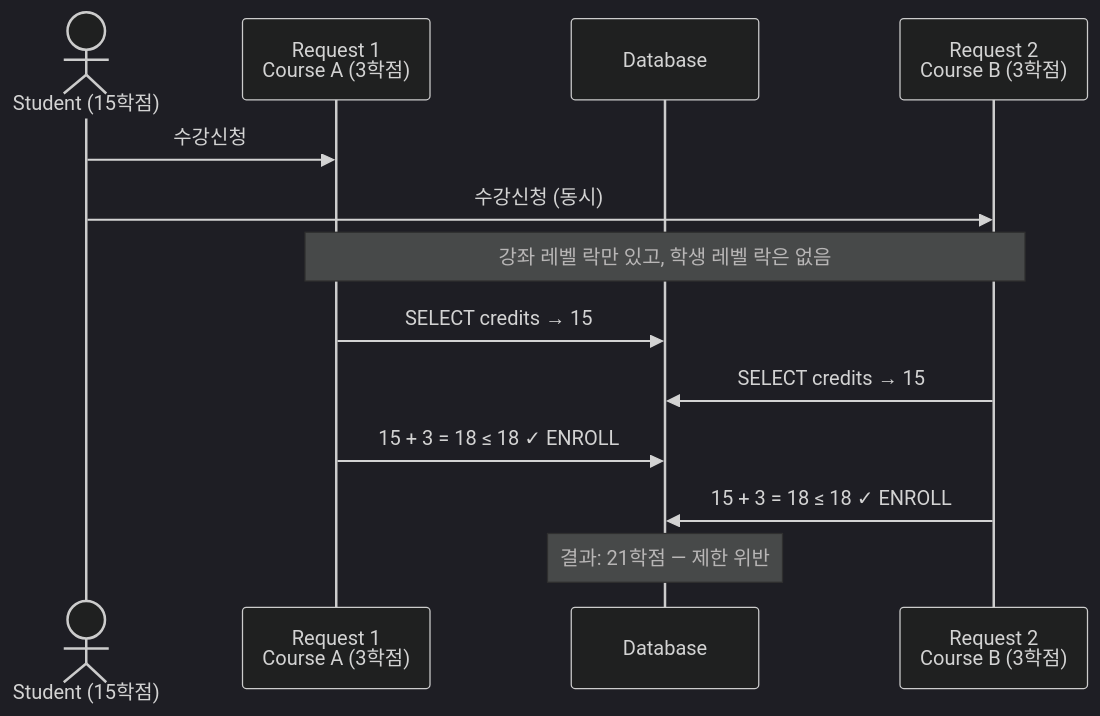
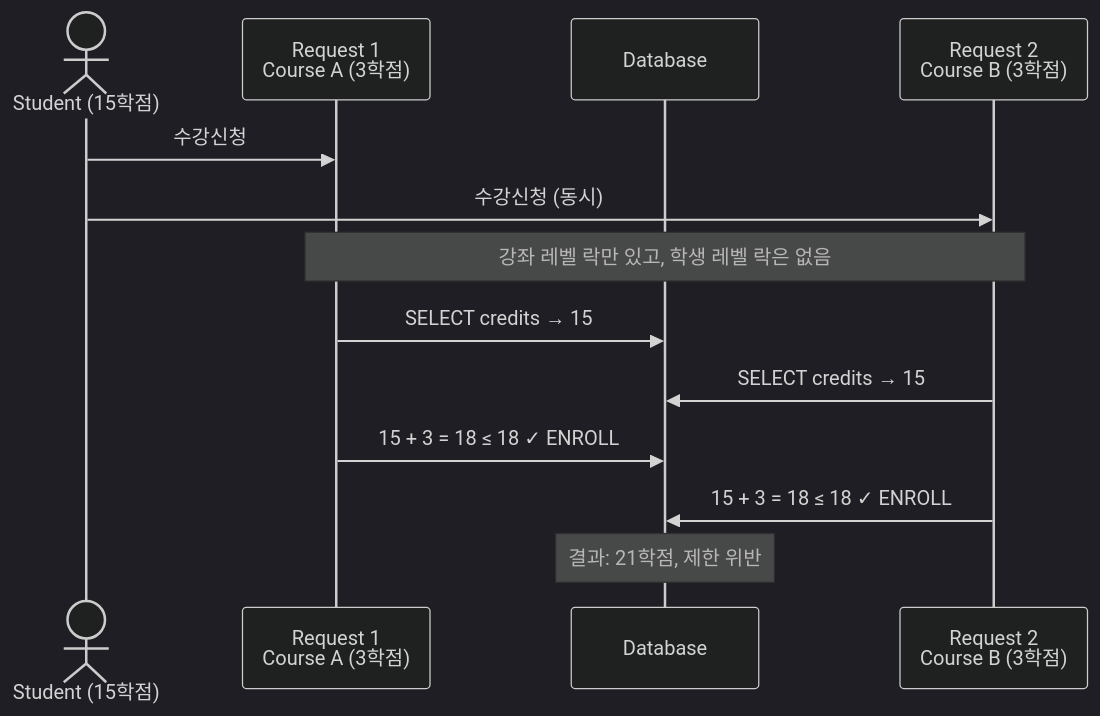
One commit to taokim/taokim.github.io changed the third of 4 diagrams in content/posts/2026-02-24-ai-native-hiring-philosophy.ko.md. Above: the diagram before and after it, drawn with Mermaid (dark theme). The commit also changed other lines of this file and 1 other file, not shown here.

```diff
--- a/content/posts/2026-02-24-ai-native-hiring-philosophy.ko.md
+++ b/content/posts/2026-02-24-ai-native-hiring-philosophy.ko.md
@@ -236,16 +238,16 @@
 {{< mermaid title="이중 락 문제: 강좌 레벨 락만으로는 부족한 이유" >}}
 sequenceDiagram
     actor S as Student (15학점)
     participant R1 as Request 1<br/>Course A (3학점)
     participant DB as Database
     participant R2 as Request 2<br/>Course B (3학점)
 
     S->>R1: 수강신청
     S->>R2: 수강신청 (동시)
     Note over R1,R2: 강좌 레벨 락만 있고, 학생 레벨 락은 없음
     R1->>DB: SELECT credits → 15
     R2->>DB: SELECT credits → 15
     R1->>DB: 15 + 3 = 18 ≤ 18 ✓ ENROLL
     R2->>DB: 15 + 3 = 18 ≤ 18 ✓ ENROLL
-    Note over DB: 결과: 21학점 — 제한 위반
+    Note over DB: 결과: 21학점, 제한 위반
 {{< /mermaid >}}
```
